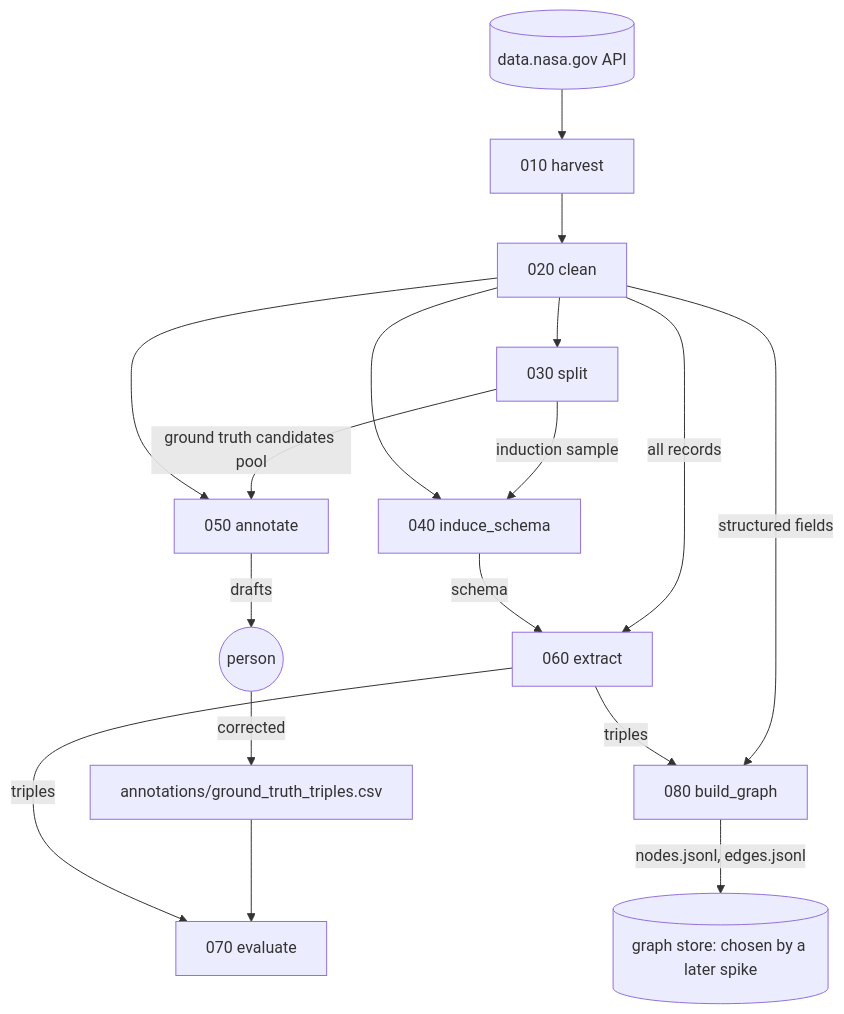
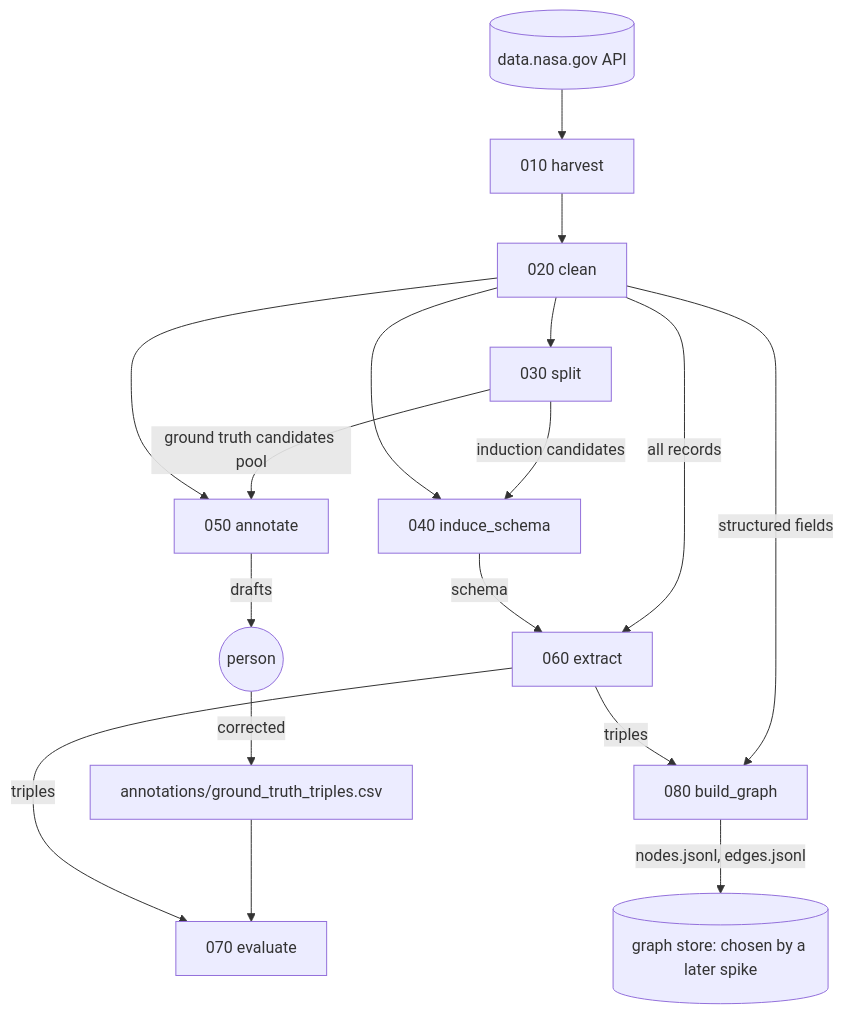
The diagram in docs/pipeline_implementation_prompt.md (iulia-iordanescu/datanasagov_KG_proj), drawn with Mermaid before and after one commit. The commit also changed other lines of this file and 33 other files, not shown here.

````diff
--- a/docs/pipeline_implementation_prompt.md
+++ b/docs/pipeline_implementation_prompt.md
@@ -63,18 +63,18 @@
 ```mermaid
 flowchart TD
     API[(data.nasa.gov API)] --> H[010 harvest]
     H --> C[020 clean]
     C --> S[030 split]
-    S -->|induction sample| I[040 induce_schema]
+    S -->|induction candidates| I[040 induce_schema]
     S -->|ground truth candidates pool| A[050 annotate]
     C -->|all records| E[060 extract]
     C --> I & A
     I -->|schema| E
     A -->|drafts| P((person))
     P -->|corrected| GT[annotations/ground_truth_triples.csv]
     GT --> V[070 evaluate]
     E -->|triples| V
     C -->|structured fields| G[080 build_graph]
     E -->|triples| G
     G -->|nodes.jsonl, edges.jsonl| DB[(graph store: chosen by a later spike)]
 ```
````
